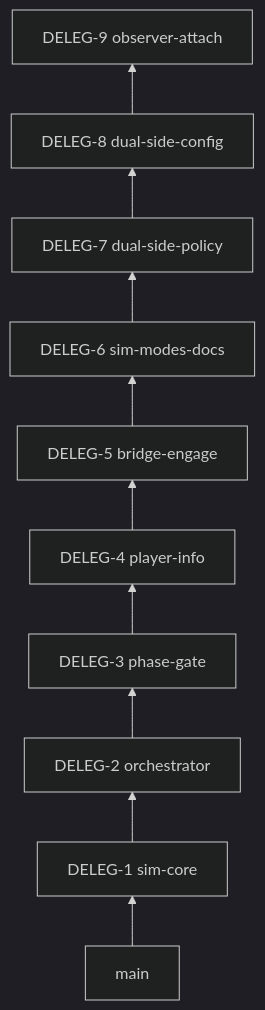
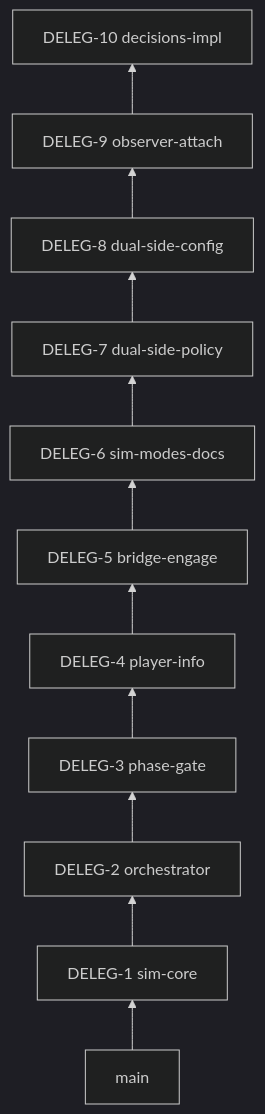
One commit to drgaciw/cmano-clone changed the diagram in docs/engineering/graphite-stack-delegation-2026-05-30.md. Above: the diagram before and after it, drawn with Mermaid (dark theme). The commit also changed other lines of this file, not shown here.

Commit message:
docs(engineering): add GitHub PR links for DELEG-6 through DELEG-9

````diff
--- a/docs/engineering/graphite-stack-delegation-2026-05-30.md
+++ b/docs/engineering/graphite-stack-delegation-2026-05-30.md
@@ -19,12 +20,13 @@
 ```mermaid
 flowchart BT
   main --> pr1[DELEG-1 sim-core]
   pr1 --> pr2[DELEG-2 orchestrator]
   pr2 --> pr3[DELEG-3 phase-gate]
   pr3 --> pr4[DELEG-4 player-info]
   pr4 --> pr5[DELEG-5 bridge-engage]
   pr5 --> pr6[DELEG-6 sim-modes-docs]
   pr6 --> pr7[DELEG-7 dual-side-policy]
   pr7 --> pr8[DELEG-8 dual-side-config]
   pr8 --> pr9[DELEG-9 observer-attach]
+  pr9 --> pr10[DELEG-10 decisions-impl]
 ```
````
